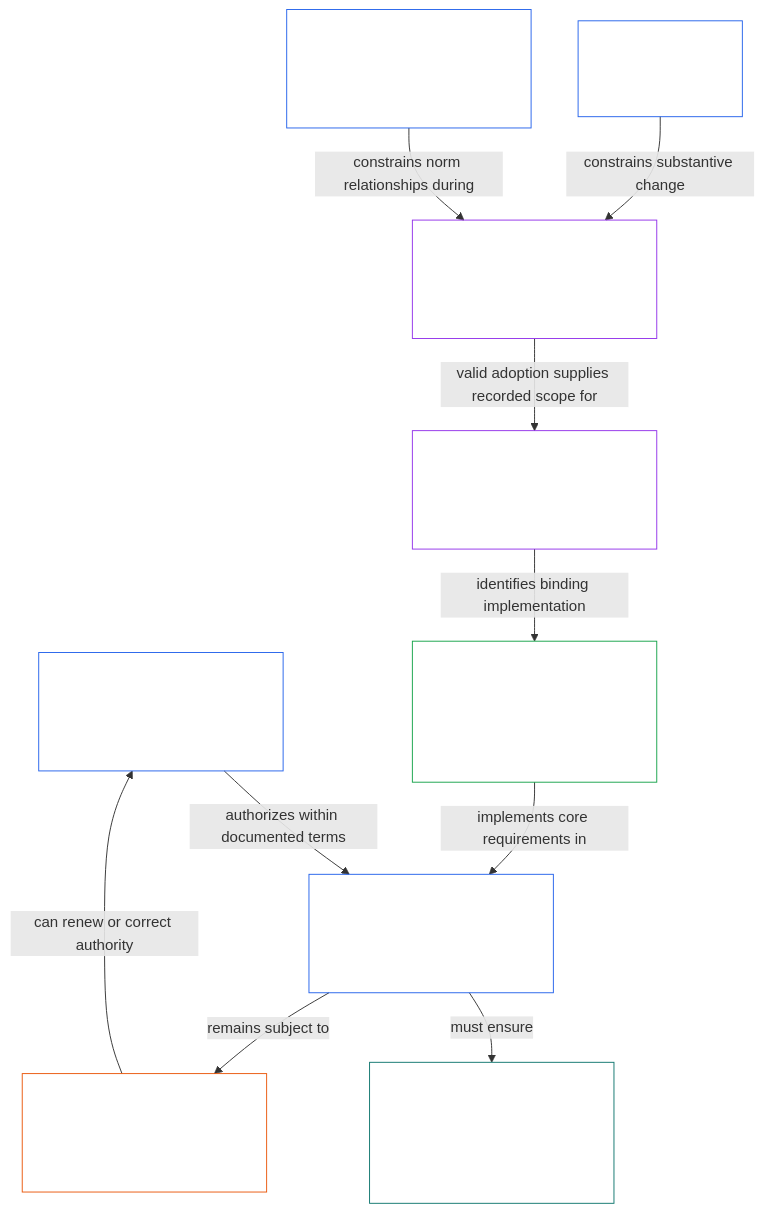
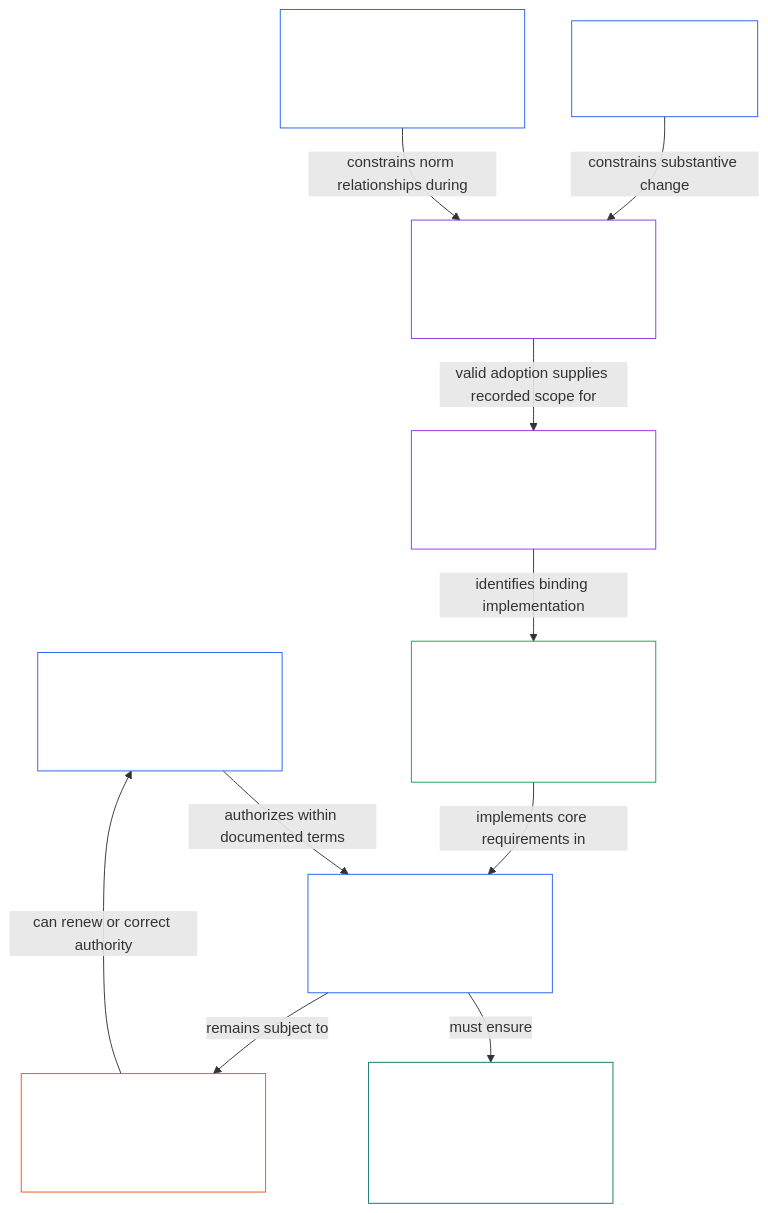
One commit to kfoelsch/Sentient_Constitution changed diagram 21 of 24 in guides/CONCEPTUAL_OVERVIEW.md. Above: the diagram before and after it, drawn with Mermaid. The commit also changed other lines of this file and 401 other files, not shown here.

First line of the commit message:
Chapters Twelve to Nineteen renumbered to Thirteen to Twenty (move 363, stage 1 of 3)

````diff
--- a/guides/CONCEPTUAL_OVERVIEW.md
+++ b/guides/CONCEPTUAL_OVERVIEW.md
@@ -1023,30 +1023,30 @@
 ```mermaid
 flowchart TB
-    A["Chapter Fifteen<br/><br/>Documented legitimacy mechanism"]
+    A["Chapter Sixteen<br/><br/>Documented legitimacy mechanism"]
     G["Authorized governing roles<br/><br/>Stated scope, limits and competent stewards"]
     P["Participation inside authorized systems<br/><br/>Voice and challenge paths for affected sentients"]
     R["Contestation, correction<br/><br/>and reauthorization where applicable"]
-    N["Chapter Sixteen<br/><br/>Non-regression"]
-    H["Chapter Seventeen<br/><br/>Supremacy within scope and external-law relations"]
-    U["Chapter Eighteen<br/><br/>Amendment, ratification and adoption procedures"]
-    B["Chapter Nineteen<br/><br/>Incorporation, edition and custody"]
+    N["Chapter Seventeen<br/><br/>Non-regression"]
+    H["Chapter Eighteen<br/><br/>Supremacy within scope and external-law relations"]
+    U["Chapter Nineteen<br/><br/>Amendment, ratification and adoption procedures"]
+    B["Chapter Twenty<br/><br/>Incorporation, edition and custody"]
     I["Adopted implementation obligations<br/><br/>Systems · Institutions · Forums · Joint structure"]
     A -->|authorizes within documented terms| G
     G -->|must ensure| P
     G -->|remains subject to| R
     R -->|can renew or correct authority| A
     N -->|constrains substantive change| U
     H -->|constrains norm relationships during| U
     U -->|valid adoption supplies recorded scope for| B
     B -->|identifies binding implementation| I
     I -->|implements core requirements in| G
     style A fill:none,stroke:#2563eb,color:#ffffff
     style G fill:none,stroke:#2563eb,color:#ffffff
     style P fill:none,stroke:#0f766e,color:#ffffff
     style R fill:none,stroke:#ea580c,color:#ffffff
     style N fill:none,stroke:#2563eb,color:#ffffff
     style H fill:none,stroke:#2563eb,color:#ffffff
     style U fill:none,stroke:#9333ea,color:#ffffff
     style B fill:none,stroke:#9333ea,color:#ffffff
     style I fill:none,stroke:#16a34a,color:#ffffff
 ```
````
